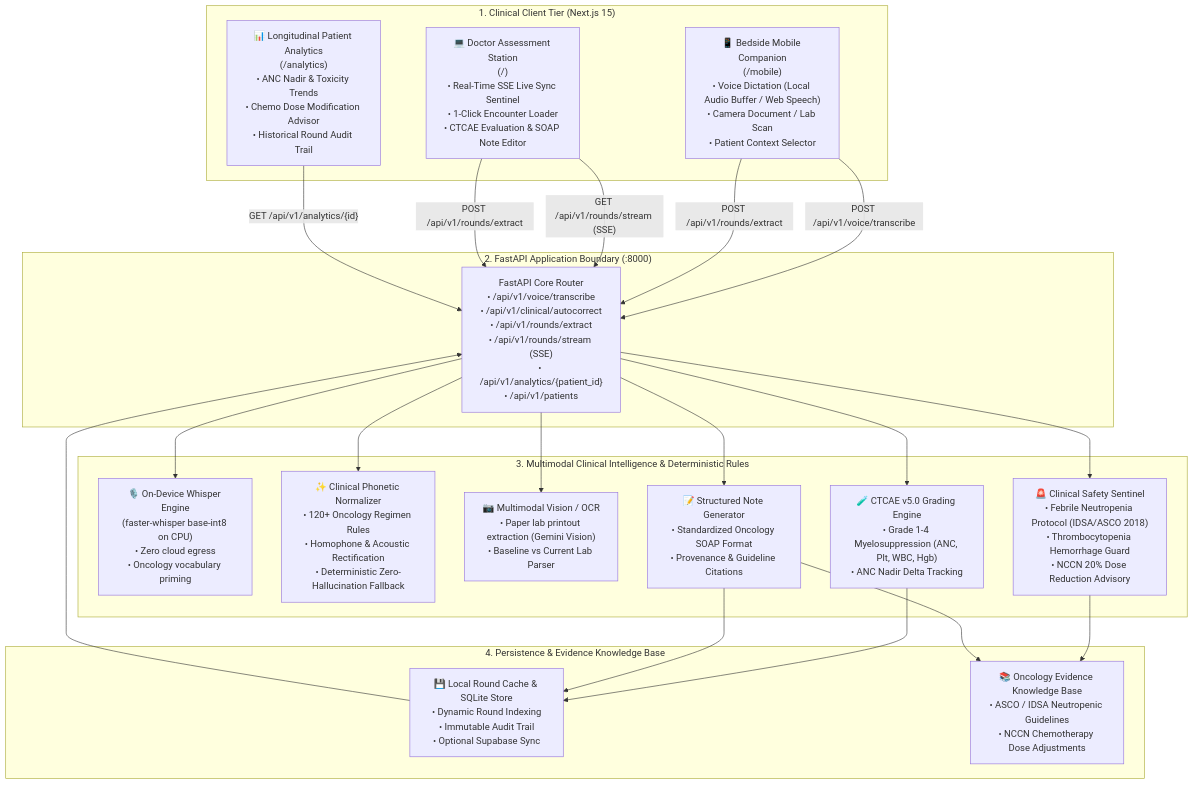
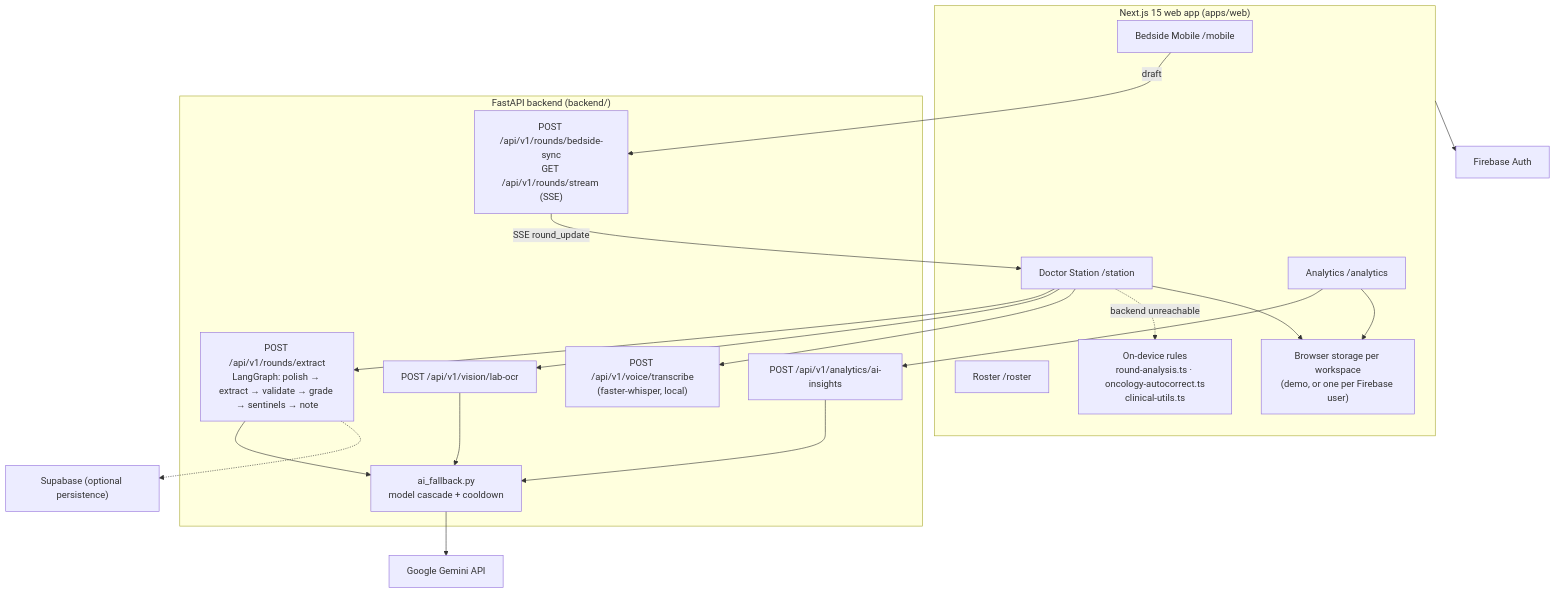
One commit to santhoshh005/Rounds_AI changed the first of 2 diagrams in README.md. Above: the diagram before and after it, drawn with Mermaid. The commit also changed other lines of this file and 17 other files, not shown here.

First line of the commit message:
feat: round history, accounts, truthful analytics, mobile nav, submission docs

````diff
--- a/README.md
+++ b/README.md
@@ -49,45 +79,40 @@
 ```mermaid
 flowchart TB
-    subgraph ClientLayer["1. Clinical Client Tier (Next.js 15)"]
-        Mobile["📱 Bedside Mobile Companion\n(/mobile)\n• Voice Dictation (Local Audio Buffer / Web Speech)\n• Camera Document / Lab Scan\n• Patient Context Selector"]
-        Desktop["💻 Doctor Assessment Station\n(/)\n• Real-Time SSE Live Sync Sentinel\n• 1-Click Encounter Loader\n• CTCAE Evaluation & SOAP Note Editor"]
-        Analytics["📊 Longitudinal Patient Analytics\n(/analytics)\n• ANC Nadir & Toxicity Trends\n• Chemo Dose Modification Advisor\n• Historical Round Audit Trail"]
+    subgraph Client["Next.js 15 web app (apps/web)"]
+        Mobile["Bedside Mobile /mobile"]
+        Station["Doctor Station /station"]
+        Analytics["Analytics /analytics"]
+        Roster["Roster /roster"]
+        Local["On-device rules\nround-analysis.ts · oncology-autocorrect.ts\nclinical-utils.ts"]
+        Store["Browser storage per workspace\n(demo, or one per Firebase user)"]
     end
 
-    subgraph APILayer["2. FastAPI Application Boundary (:8000)"]
-        Router["FastAPI Core Router\n• /api/v1/voice/transcribe\n• /api/v1/clinical/autocorrect\n• /api/v1/rounds/extract\n• /api/v1/rounds/stream (SSE)\n• /api/v1/analytics/{patient_id}\n• /api/v1/patients"]
+    subgraph API["FastAPI backend (backend/)"]
+        Extract["POST /api/v1/rounds/extract\nLangGraph: polish → extract → validate → grade → sentinels → note"]
+        OCR["POST /api/v1/vision/lab-ocr"]
+        Voice["POST /api/v1/voice/transcribe\n(faster-whisper, local)"]
+        Sync["POST /api/v1/rounds/bedside-sync\nGET /api/v1/rounds/stream (SSE)"]
+        Insight["POST /api/v1/analytics/ai-insights"]
+        Fallback["ai_fallback.py\nmodel cascade + cooldown"]
     end
 
-    subgraph BrainLayer["3. Multimodal Clinical Intelligence & Deterministic Rules"]
-        Whisper["🎙️ On-Device Whisper Engine\n(faster-whisper base-int8 on CPU)\n• Zero cloud egress\n• Oncology vocabulary priming"]
-        AutoCorrect["✨ Clinical Phonetic Normalizer\n• 120+ Oncology Regimen Rules\n• Homophone & Acoustic Rectification\n• Deterministic Zero-Hallucination Fallback"]
-        OCR["📷 Multimodal Vision / OCR\n• Paper lab printout extraction (Gemini Vision)\n• Baseline vs Current Lab Parser"]
-        CTCAE["🧪 CTCAE v5.0 Grading Engine\n• Grade 1-4 Myelosuppression (ANC, Plt, WBC, Hgb)\n• ANC Nadir Delta Tracking"]
-        Sentinel["🚨 Clinical Safety Sentinel\n• Febrile Neutropenia Protocol (IDSA/ASCO 2018)\n• Thrombocytopenia Hemorrhage Guard\n• NCCN 20% Dose Reduction Advisory"]
-        NoteGen["📝 Structured Note Generator\n• Standardized Oncology SOAP Format\n• Provenance & Guideline Citations"]
-    end
+    Gemini["Google Gemini API"]
+    Auth["Firebase Auth"]
+    Supabase["Supabase (optional persistence)"]
 
-    subgraph DataLayer["4. Persistence & Evidence Knowledge Base"]
-        Store["💾 Local Round Cache & SQLite Store\n• Dynamic Round Indexing\n• Immutable Audit Trail\n• Optional Supabase Sync"]
-        Guidelines["📚 Oncology Evidence Knowledge Base\n• ASCO / IDSA Neutropenic Guidelines\n• NCCN Chemotherapy Dose Adjustments"]
-    end
-
-    Mobile -->|"POST /api/v1/voice/transcribe"| Router
-    Mobile -->|"POST /api/v1/rounds/extract"| Router
-    Desktop -->|"GET /api/v1/rounds/stream (SSE)"| Router
-    Desktop -->|"POST /api/v1/rounds/extract"| Router
-    Analytics -->|"GET /api/v1/analytics/{id}"| Router
-
-    Router --> Whisper
-    Router --> AutoCorrect
-    Router --> OCR
-    Router --> CTCAE
-    Router --> Sentinel
-    Router --> NoteGen
-
-    CTCAE --> Store
-    Sentinel --> Guidelines
-    NoteGen --> Guidelines
-    NoteGen --> Store
-    Store --> Router
+    Mobile -->|draft| Sync
+    Sync -->|SSE round_update| Station
+    Station --> Extract
+    Station --> OCR
+    Station --> Voice
+    Analytics --> Insight
+    Station -.->|backend unreachable| Local
+    Extract --> Fallback
+    OCR --> Fallback
+    Insight --> Fallback
+    Fallback --> Gemini
+    Extract -.-> Supabase
+    Station --> Store
+    Analytics --> Store
+    Client --> Auth
 ```
````
